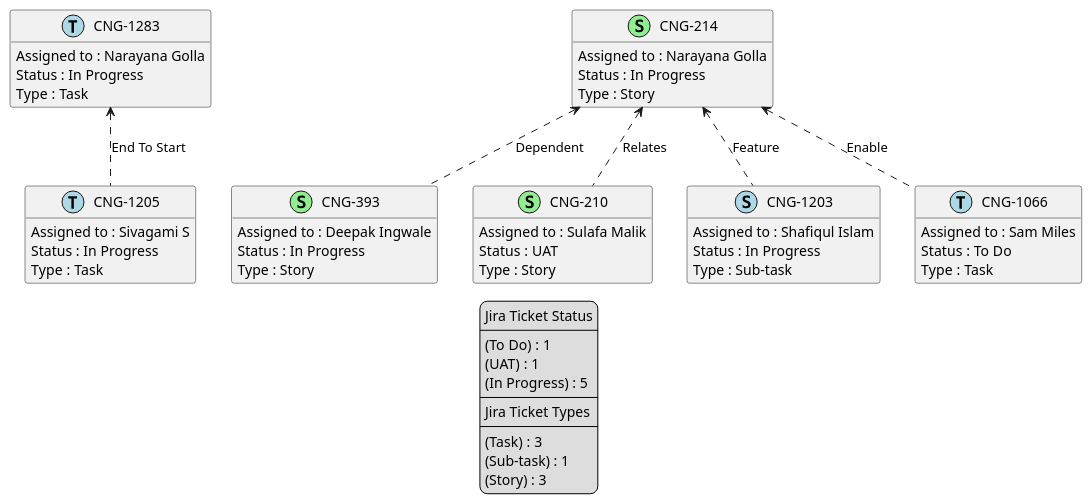
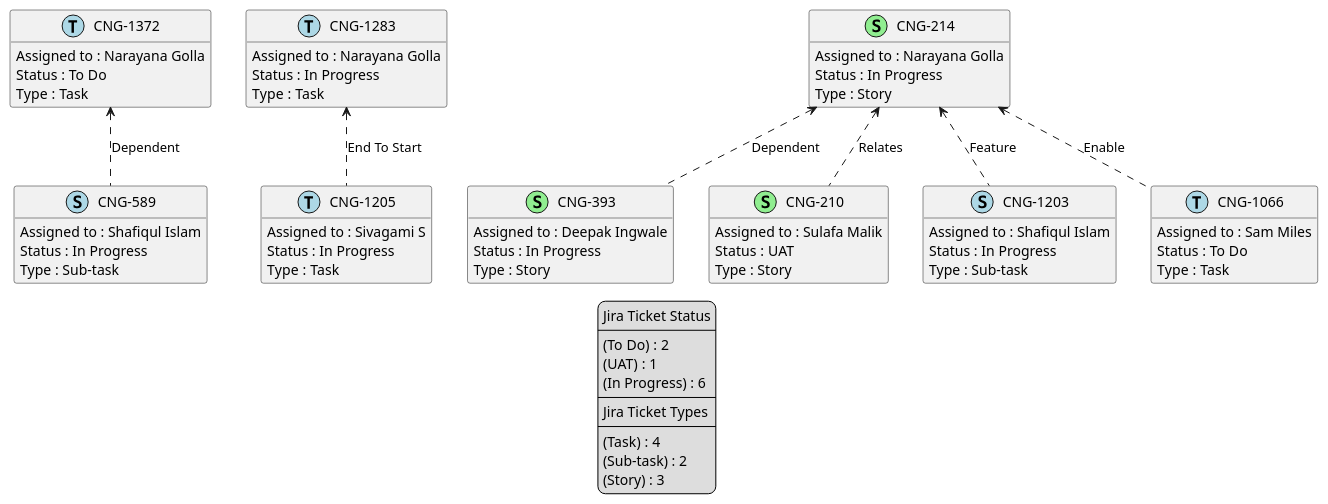
The diagram in temp/jira-Narayana Golla.puml (brunasti/jiraplotter), drawn with PlantUML before and after one commit. The commit also changed 60 other files, not shown here.

```diff
--- a/temp/jira-Narayana Golla.puml
+++ b/temp/jira-Narayana Golla.puml
@@ -1,77 +1,90 @@
 @startuml
 'https://plantuml.com/class-diagram
 
 ' GENERATE CLASS DIAGRAM ===========
-' Generated at    : Fri Apr 12 19:54:48 CEST 2024
+' Generated at    : Mon Apr 15 11:44:38 CEST 2024
 
 hide empty members
 
 legend
 Jira Ticket Status
 ----
-(To Do) : 1
+(To Do) : 2
 (UAT) : 1
-(In Progress) : 5
+(In Progress) : 6
 ----
 Jira Ticket Types
 ----
-(Task) : 3
-(Sub-task) : 1
+(Task) : 4
+(Sub-task) : 2
 (Story) : 3
 end legend
 
 
 ' Tickets =======
+class "CNG-1372" << (T,lightblue) >> {
+  Assigned to : Narayana Golla
+  Status : To Do
+  Type : Task
+}
+
 class "CNG-1283" << (T,lightblue) >> {
   Assigned to : Narayana Golla
   Status : In Progress
   Type : Task
 }
 
 class "CNG-393" << (S,lightgreen) >> {
   Assigned to : Deepak Ingwale
   Status : In Progress
   Type : Story
 }
 
 class "CNG-210" << (S,lightgreen) >> {
   Assigned to : Sulafa Malik
   Status : UAT
   Type : Story
 }
 
 class "CNG-1205" << (T,lightblue) >> {
   Assigned to : Sivagami S
   Status : In Progress
   Type : Task
 }
 
 class "CNG-1203" << (S,lightblue) >> {
   Assigned to : Shafiqul Islam
   Status : In Progress
   Type : Sub-task
 }
 
+class "CNG-589" << (S,lightblue) >> {
+  Assigned to : Shafiqul Islam
+  Status : In Progress
+  Type : Sub-task
+}
+
 class "CNG-214" << (S,lightgreen) >> {
   Assigned to : Narayana Golla
   Status : In Progress
   Type : Story
 }
 
 class "CNG-1066" << (T,lightblue) >> {
   Assigned to : Sam Miles
   Status : To Do
   Type : Task
 }
 
 
 
 ' Links =======
 "CNG-214" <.. "CNG-393" : Dependent
 "CNG-214" <.. "CNG-1066" : Enable
 "CNG-214" <.. "CNG-1203" : Feature
 "CNG-214" <.. "CNG-210" : Relates
 "CNG-1283" <.. "CNG-1205" : End To Start
+"CNG-1372" <.. "CNG-589" : Dependent
 
 
 @enduml
```
